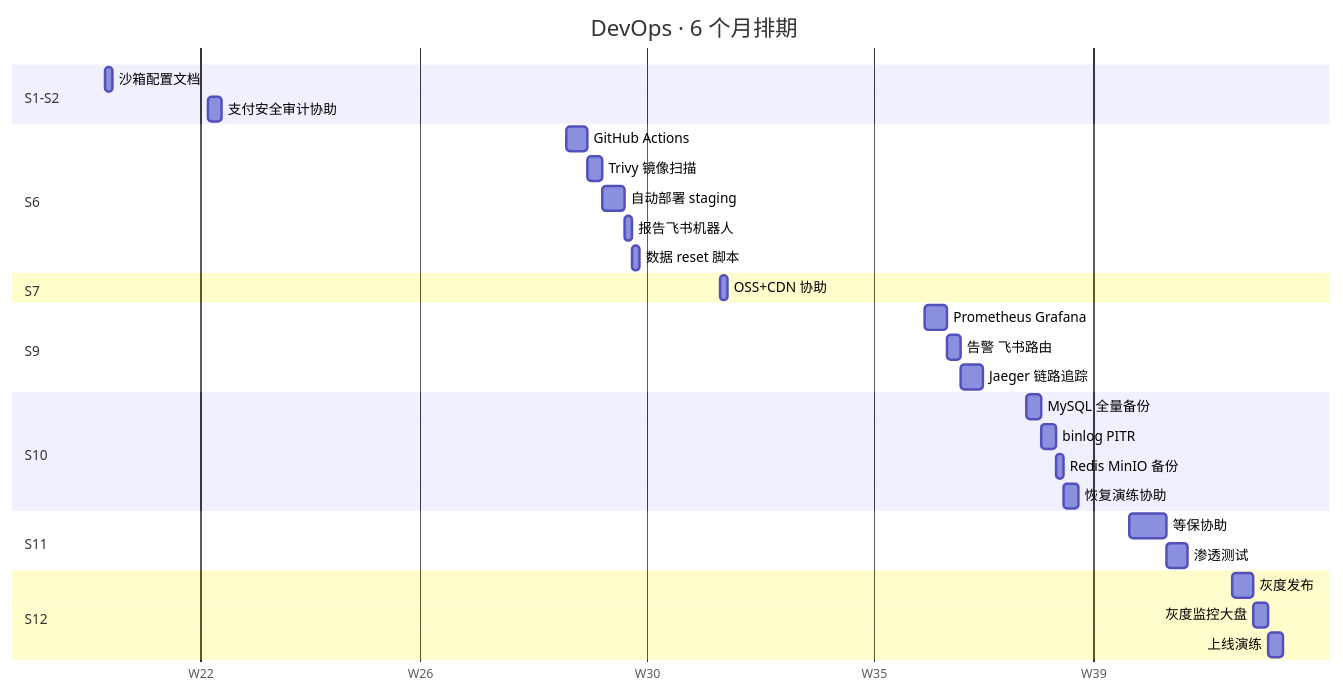
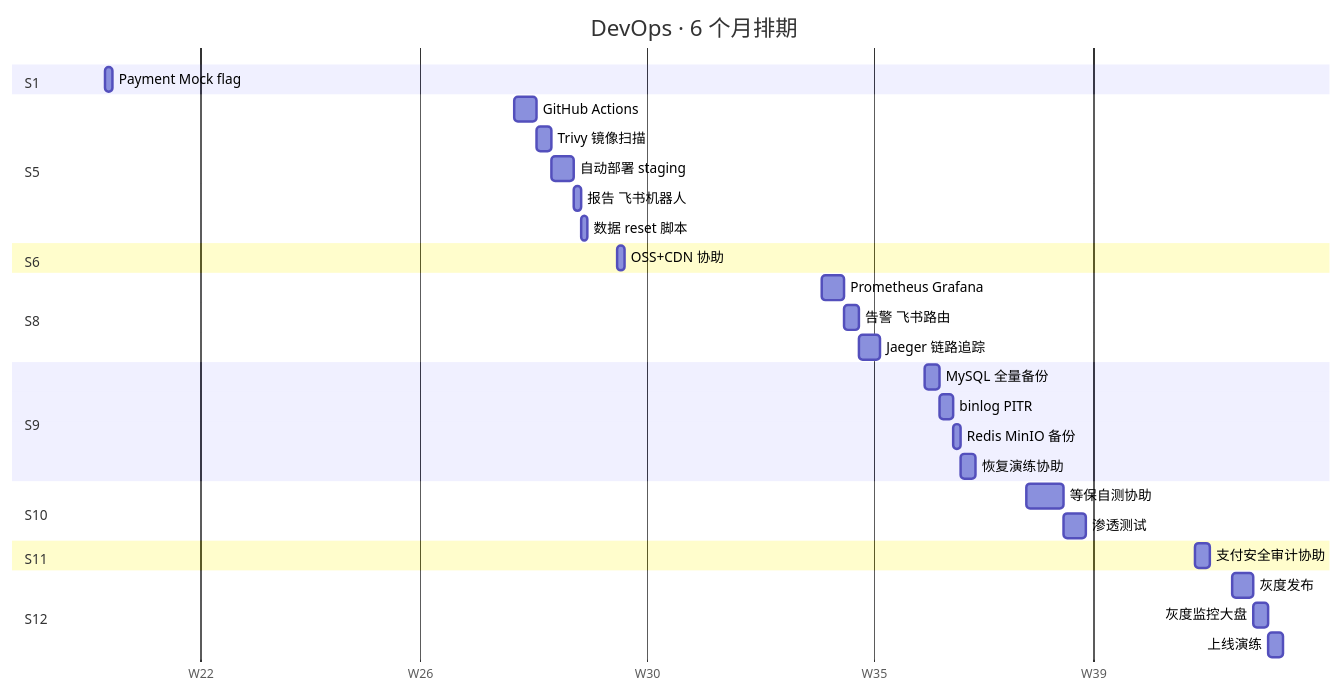
The seventh of 7 diagrams in planning/q1q2_tracking.md (carter4cn/yw-mall-docs), drawn with Mermaid before and after one commit. The commit also changed other lines of this file and 1 other file, not shown here.

First line of the commit message:
refactor(planning): 真实支付通道延后到 S11-S12，前期用 Mock

````diff
--- a/planning/q1q2_tracking.md
+++ b/planning/q1q2_tracking.md
@@ -383,33 +411,34 @@
 ```mermaid
 gantt
     title DevOps · 6 个月排期
     dateFormat YYYY-MM-DD
     axisFormat W%U
-    section S1-S2
-    沙箱配置文档          :d11, 2026-05-19, 1d
-    支付安全审计协助      :d21, 2026-06-02, 2d
+    section S1
+    Payment Mock flag     :d11, 2026-05-19, 1d
+    section S5
+    GitHub Actions        :d51, 2026-07-14, 3d
+    Trivy 镜像扫描        :d52, after d51, 2d
+    自动部署 staging      :d53, after d52, 3d
+    报告 飞书机器人       :d54, after d53, 1d
+    数据 reset 脚本       :d55, after d54, 1d
     section S6
-    GitHub Actions        :d61, 2026-07-21, 3d
-    Trivy 镜像扫描        :d62, after d61, 2d
-    自动部署 staging      :d63, after d62, 3d
-    报告飞书机器人        :d64, after d63, 1d
-    数据 reset 脚本       :d65, after d64, 1d
-    section S7
-    OSS+CDN 协助          :d71, 2026-08-11, 1d
+    OSS+CDN 协助          :d61, 2026-07-28, 1d
+    section S8
+    Prometheus Grafana    :d81, 2026-08-25, 3d
+    告警 飞书路由         :d82, after d81, 2d
+    Jaeger 链路追踪       :d83, after d82, 3d
     section S9
-    Prometheus Grafana    :d91, 2026-09-08, 3d
-    告警 飞书路由         :d92, after d91, 2d
-    Jaeger 链路追踪       :d93, after d92, 3d
+    MySQL 全量备份        :d91, 2026-09-08, 2d
+    binlog PITR           :d92, after d91, 2d
+    Redis MinIO 备份      :d93, after d92, 1d
+    恢复演练协助          :d94, after d93, 2d
     section S10
-    MySQL 全量备份        :d101, 2026-09-22, 2d
-    binlog PITR           :d102, after d101, 2d
-    Redis MinIO 备份      :d103, after d102, 1d
-    恢复演练协助          :d104, after d103, 2d
+    等保自测协助          :d101, 2026-09-22, 5d
+    渗透测试              :d102, after d101, 3d
     section S11
-    等保协助              :d111, 2026-10-06, 5d
-    渗透测试              :d112, after d111, 3d
+    支付安全审计协助      :d111, 2026-10-15, 2d
     section S12
     灰度发布              :d121, 2026-10-20, 3d
     灰度监控大盘          :d122, after d121, 2d
     上线演练              :d123, after d122, 2d
 ```
````
